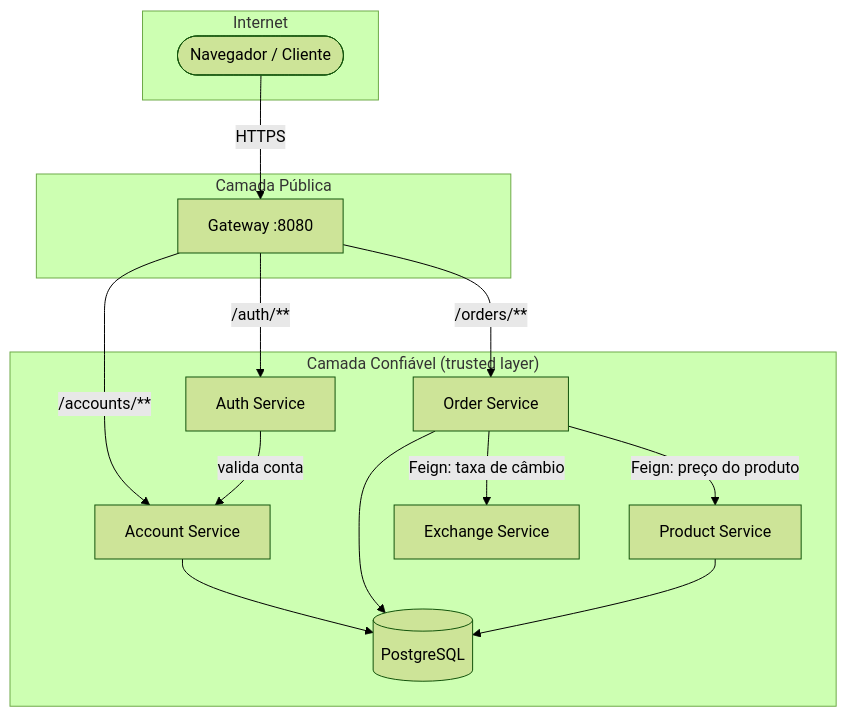
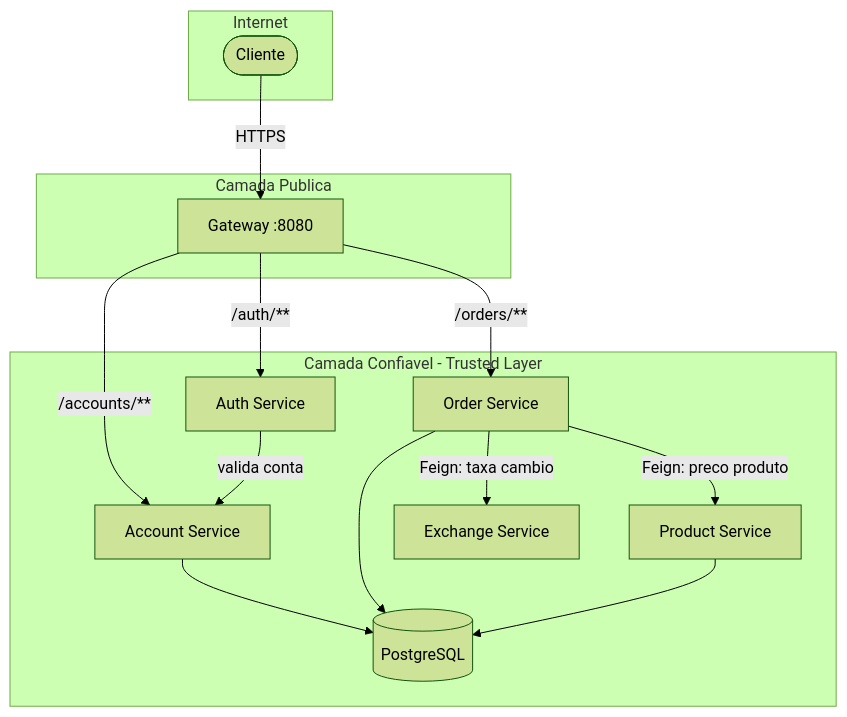
Before and after one commit to microservice-henry/pma.26.1: the first of 5 diagrams in docs/architecture.md, drawn with Mermaid (forest theme). The commit also changed other lines of this file and 3 other files, not shown here.

Commit message:
fix: mermaid syntax errors and grey theme

````diff
--- a/docs/architecture.md
+++ b/docs/architecture.md
@@ -7,34 +7,34 @@
 ```mermaid
 graph TD
-    Client([Navegador / Cliente])
+    Client([Cliente])
 
-    subgraph Internet
+    subgraph internet["Internet"]
         Client
     end
 
-    subgraph "Camada Pública"
+    subgraph public["Camada Publica"]
         GW[Gateway :8080]
     end
 
-    subgraph "Camada Confiável (trusted layer)"
+    subgraph trusted["Camada Confiavel - Trusted Layer"]
         Auth[Auth Service]
         Account[Account Service]
         Order[Order Service]
         Product[Product Service]
         Exchange[Exchange Service]
         DB[(PostgreSQL)]
     end
 
     Client -->|HTTPS| GW
     GW -->|/auth/**| Auth
     GW -->|/accounts/**| Account
     GW -->|/orders/**| Order
 
     Auth -->|valida conta| Account
-    Order -->|Feign: preço do produto| Product
-    Order -->|Feign: taxa de câmbio| Exchange
+    Order -->|Feign: preco produto| Product
+    Order -->|Feign: taxa cambio| Exchange
 
     Account --> DB
     Order --> DB
     Product --> DB
 ```
````
